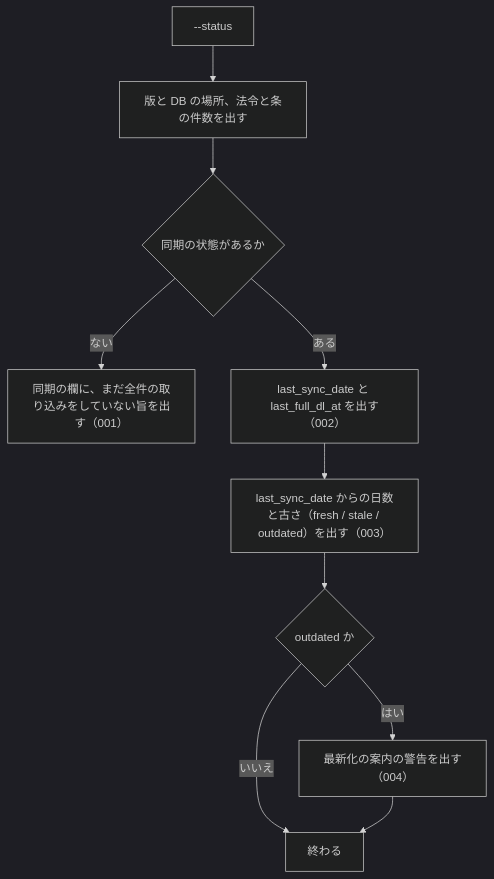
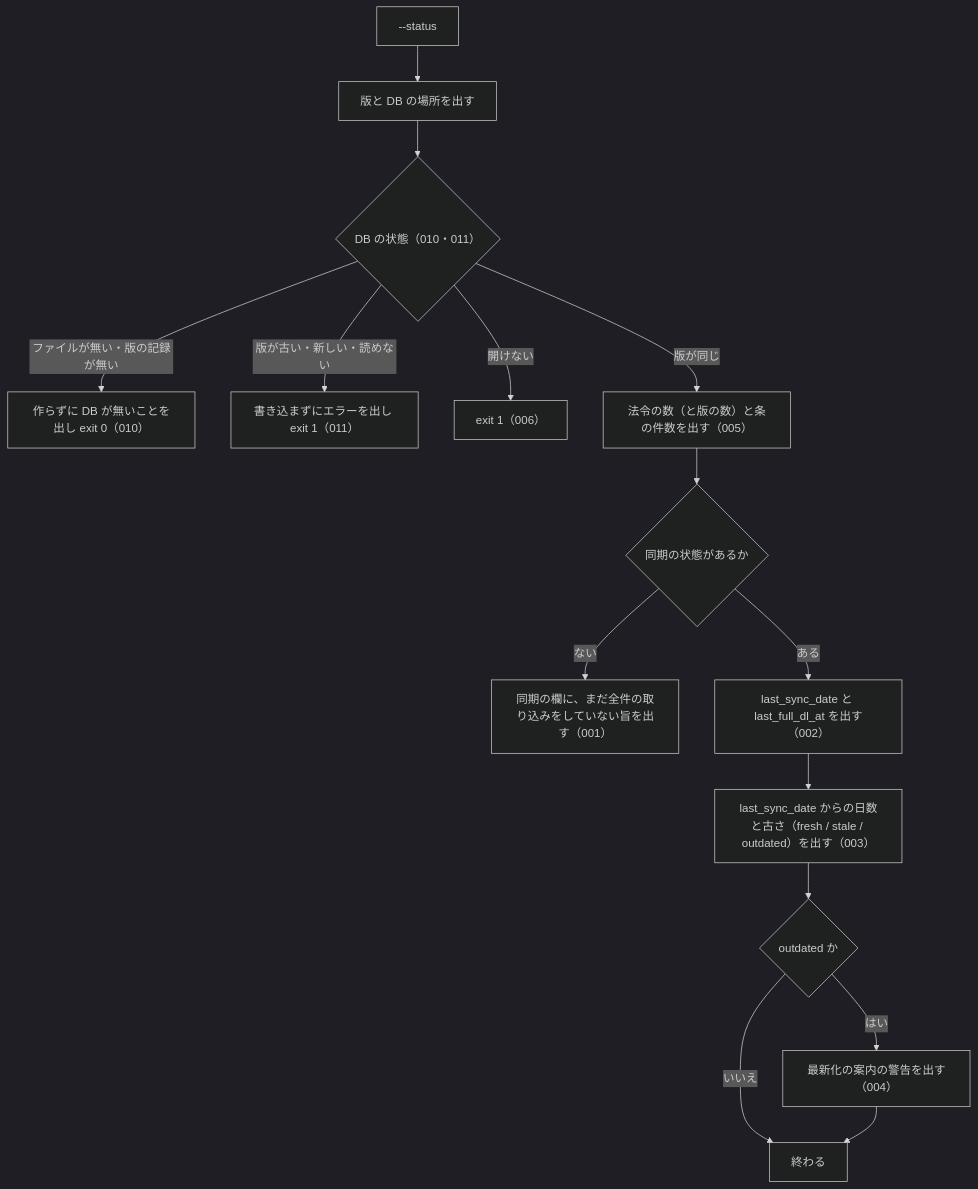
One commit to shuji-bonji/houki-egov-mcp changed the diagram in specs/current/cli_status/spec.md. Above: the diagram before and after it, drawn with Mermaid (dark theme). The commit also changed other lines of this file and 17 other files, not shown here.

````diff
--- a/specs/current/cli_status/spec.md
+++ b/specs/current/cli_status/spec.md
@@ -27,12 +28,17 @@
 ```mermaid
 flowchart TD
-  A["--status"] --> B["版と DB の場所、法令と条の件数を出す"]
+  A["--status"] --> A1["版と DB の場所を出す"]
+  A1 --> V{"DB の状態（010・011）"}
+  V -- "ファイルが無い・版の記録が無い" --> N0["作らずに DB が無いことを出し exit 0（010）"]
+  V -- "版が古い・新しい・読めない" --> E0["書き込まずにエラーを出し exit 1（011）"]
+  V -- "開けない" --> E1["exit 1（006）"]
+  V -- "版が同じ" --> B["法令の数（と版の数）と条の件数を出す（005）"]
   B --> C{"同期の状態があるか"}
   C -- ない --> N["同期の欄に、まだ全件の取り込みをしていない旨を出す（001）"]
   C -- ある --> D["last_sync_date と last_full_dl_at を出す（002）"]
   D --> E["last_sync_date からの日数と古さ（fresh / stale / outdated）を出す（003）"]
   E --> F{"outdated か"}
   F -- はい --> W["最新化の案内の警告を出す（004）"]
   F -- いいえ --> Z["終わる"]
   W --> Z
 ```
````
